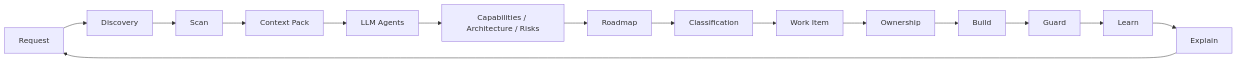
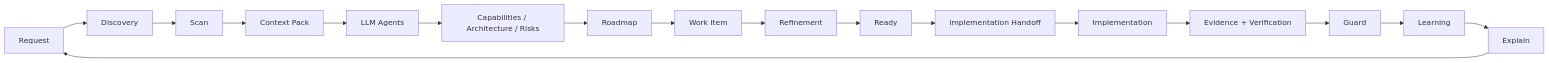
The diagram in apps/docs/src/content/docs/workflow.md (Kaddo-kdd/kaddo), drawn with Mermaid before and after one commit. The commit also changed other lines of this file and 26 other files, not shown here.

````diff
--- a/apps/docs/src/content/docs/workflow.md
+++ b/apps/docs/src/content/docs/workflow.md
@@ -36,17 +39,19 @@
 ```mermaid
 flowchart LR
     A[Request] --> B[Discovery]
     B --> C[Scan]
     C --> D[Context Pack]
     D --> E[LLM Agents]
     E --> F[Capabilities / Architecture / Risks]
     F --> G[Roadmap]
-    G --> H[Classification]
-    H --> I[Work Item]
-    I --> J[Ownership]
-    J --> K[Build]
-    K --> L[Guard]
-    L --> M[Learn]
-    M --> N[Explain]
-    N --> A
+    G --> H[Work Item]
+    H --> I[Refinement]
+    I --> J[Ready]
+    J --> K[Implementation Handoff]
+    K --> L[Implementation]
+    L --> M[Evidence + Verification]
+    M --> N[Guard]
+    N --> O[Learning]
+    O --> P[Explain]
+    P --> A
 ```
````
